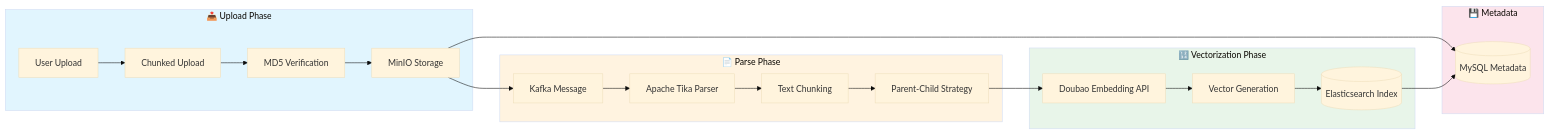
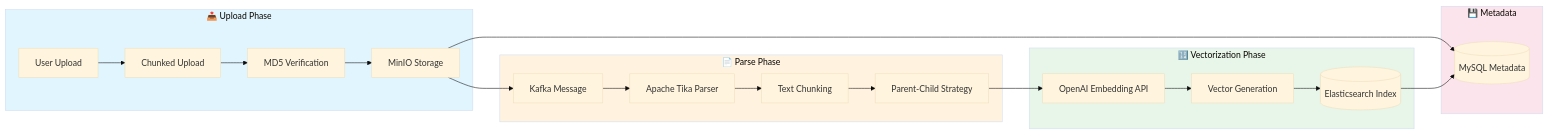
The second of 4 diagrams in README.md (Automan1218/RoboKnow), drawn with Mermaid (base theme) before and after one commit. The commit also changed other lines of this file and 1 other file, not shown here.

````diff
--- a/README.md
+++ b/README.md
@@ -162,31 +169,31 @@
 ```mermaid
 graph LR
     subgraph Upload["📤 Upload Phase"]
         A[User Upload] --> B[Chunked Upload]
         B --> C[MD5 Verification]
         C --> D[MinIO Storage]
     end
 
     subgraph Parse["📄 Parse Phase"]
         D --> E[Kafka Message]
         E --> F[Apache Tika Parser]
         F --> G[Text Chunking]
         G --> H[Parent-Child Strategy]
     end
 
     subgraph Vector["🔢 Vectorization Phase"]
-        H --> I[Doubao Embedding API]
+        H --> I[OpenAI Embedding API]
         I --> J[Vector Generation]
         J --> K[(Elasticsearch Index)]
     end
 
     subgraph Meta["💾 Metadata"]
         D --> L[(MySQL Metadata)]
         K --> L
     end
 
     style Upload fill:#e1f5fe
     style Parse fill:#fff3e0
     style Vector fill:#e8f5e9
     style Meta fill:#fce4ec
 ```
````
